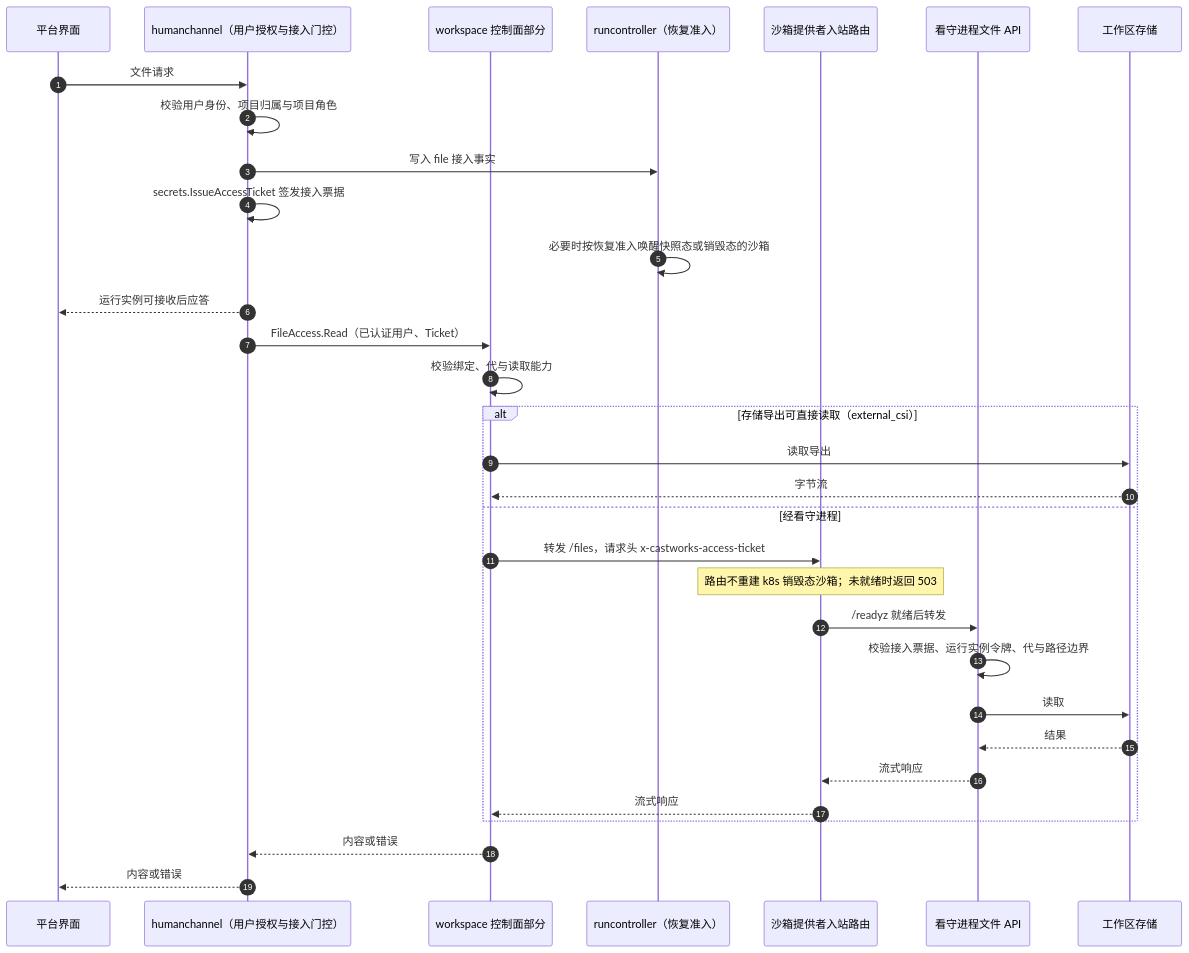
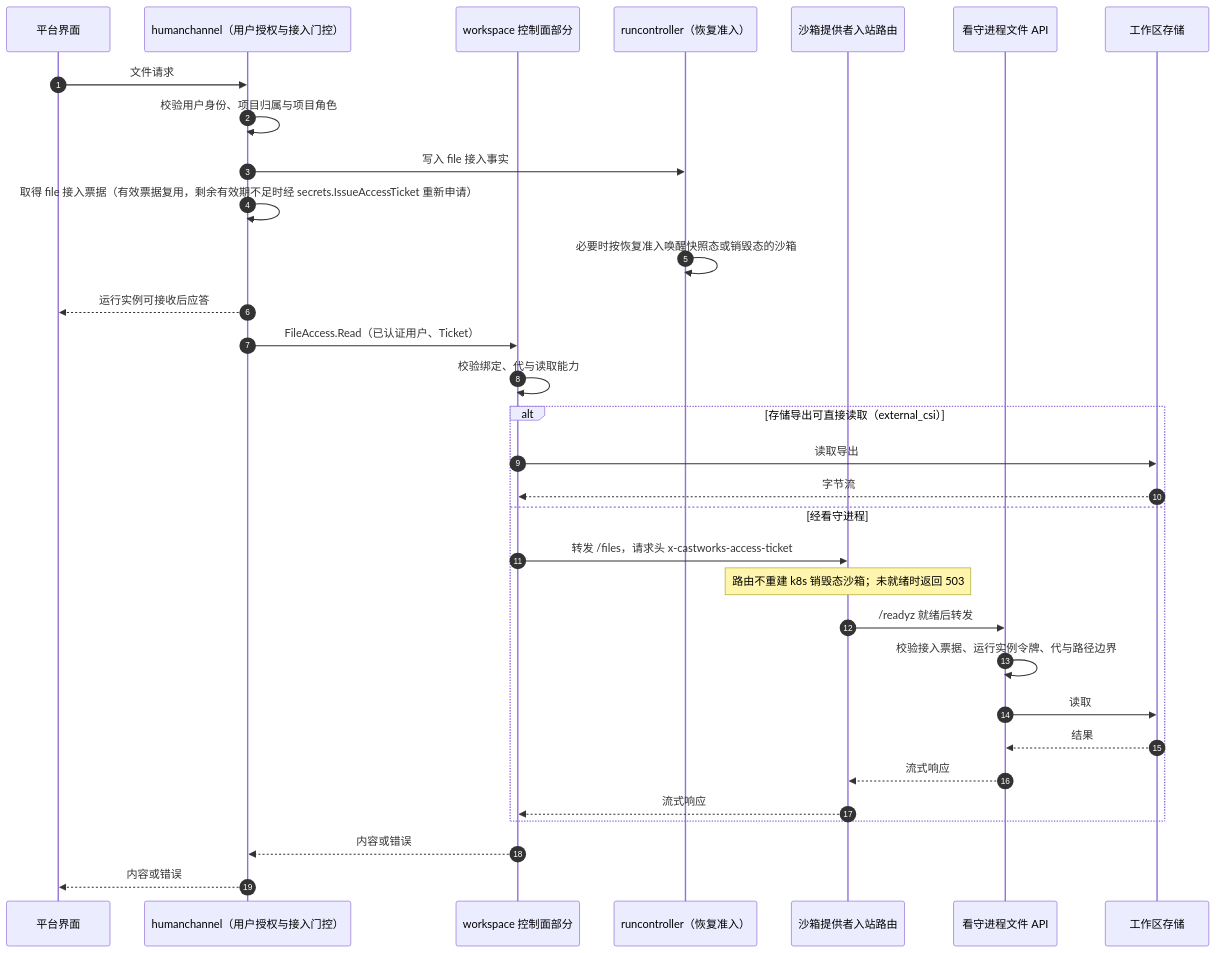
One commit to wangzw/castworks changed the third of 3 diagrams in docs/design/modules/design-workspace.md. Above: the diagram before and after it, drawn with Mermaid. The commit also changed other lines of this file and 35 other files, not shown here.

````diff
--- a/docs/design/modules/design-workspace.md
+++ b/docs/design/modules/design-workspace.md
@@ -368,34 +369,34 @@
 ```mermaid
 sequenceDiagram
     autonumber
     participant U as 平台界面
     participant H as humanchannel（用户授权与接入门控）
     participant W as workspace 控制面部分
     participant C as runcontroller（恢复准入）
     participant R as 沙箱提供者入站路由
     participant D as 看守进程文件 API
     participant F as 工作区存储
     U->>H: 文件请求
     H->>H: 校验用户身份、项目归属与项目角色
     H->>C: 写入 file 接入事实
-    H->>H: secrets.IssueAccessTicket 签发接入票据
+    H->>H: 取得 file 接入票据（有效票据复用，剩余有效期不足时经 secrets.IssueAccessTicket 重新申请）
     C->>C: 必要时按恢复准入唤醒快照态或销毁态的沙箱
     H-->>U: 运行实例可接收后应答
     H->>W: FileAccess.Read（已认证用户、Ticket）
     W->>W: 校验绑定、代与读取能力
     alt 存储导出可直接读取（external_csi）
         W->>F: 读取导出
         F-->>W: 字节流
     else 经看守进程
         W->>R: 转发 /files，请求头 x-castworks-access-ticket
         Note over R: 路由不重建 k8s 销毁态沙箱；未就绪时返回 503
         R->>D: /readyz 就绪后转发
         D->>D: 校验接入票据、运行实例令牌、代与路径边界
         D->>F: 读取
         F-->>D: 结果
         D-->>R: 流式响应
         R-->>W: 流式响应
     end
     W-->>H: 内容或错误
     H-->>U: 内容或错误
 ```
````
